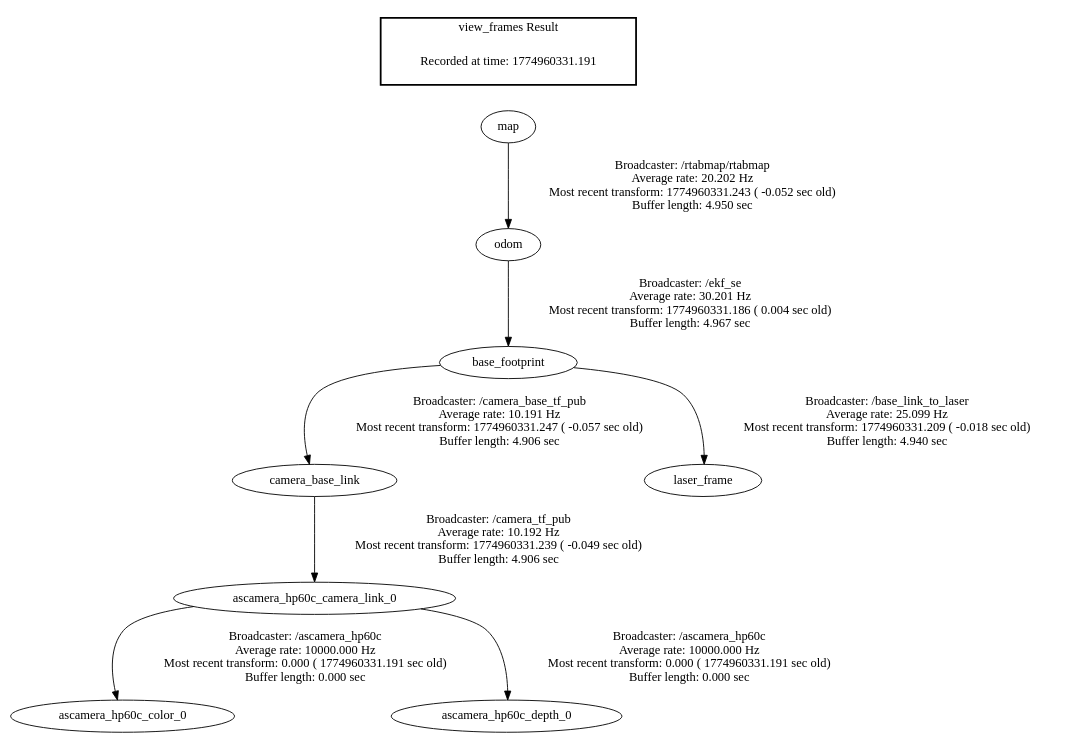
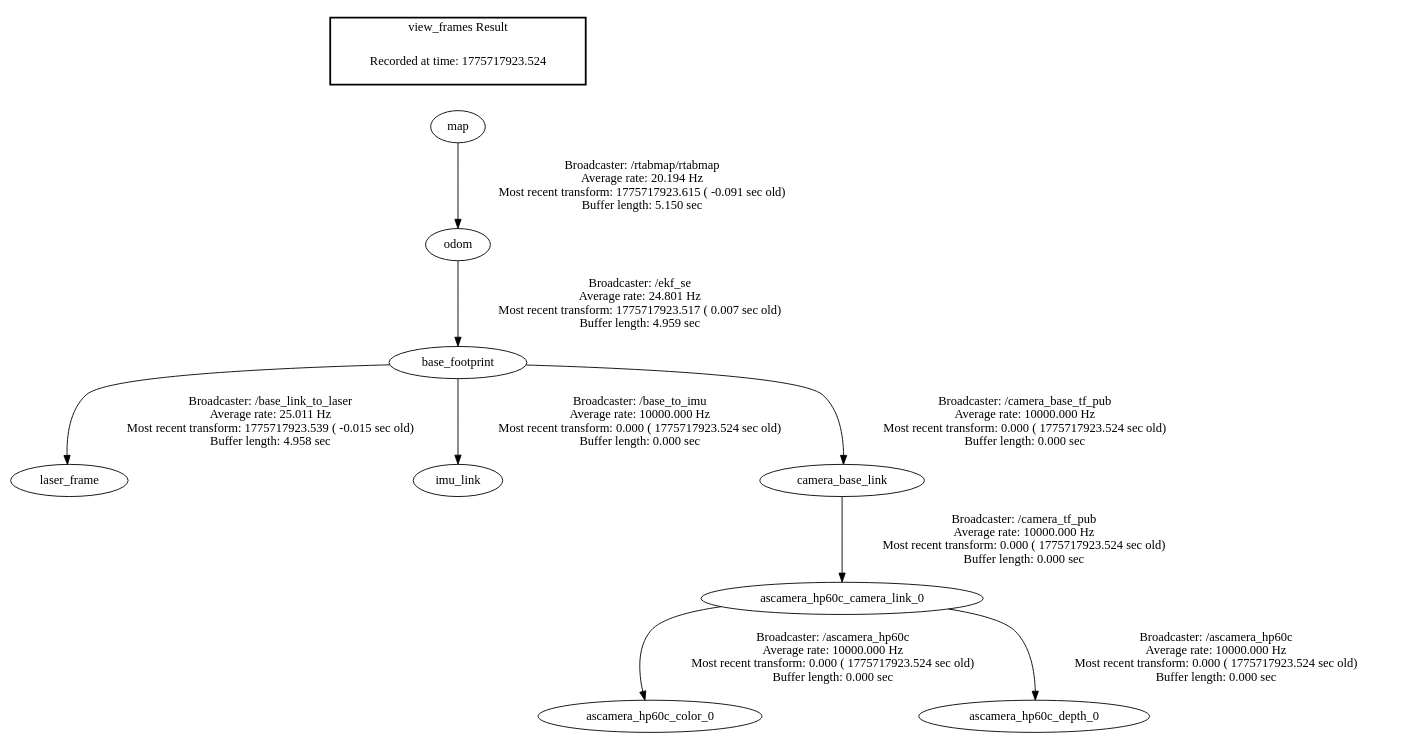
One commit to 2022090914028ysr-dotcom/rk3588 changed the diagram in NavOA_ws/frames.gv. Above: the diagram before and after it, drawn with Graphviz. The commit also changed 2024 other files, not shown here.

```diff
--- a/NavOA_ws/frames.gv
+++ b/NavOA_ws/frames.gv
@@ -1,13 +1,14 @@
 digraph G {
-"ascamera_hp60c_camera_link_0" -> "ascamera_hp60c_color_0"[label="Broadcaster: /ascamera_hp60c\nAverage rate: 10000.000 Hz\nMost recent transform: 0.000 ( 1774960331.191 sec old)\nBuffer length: 0.000 sec\n"];
-"camera_base_link" -> "ascamera_hp60c_camera_link_0"[label="Broadcaster: /camera_tf_pub\nAverage rate: 10.192 Hz\nMost recent transform: 1774960331.239 ( -0.049 sec old)\nBuffer length: 4.906 sec\n"];
-"ascamera_hp60c_camera_link_0" -> "ascamera_hp60c_depth_0"[label="Broadcaster: /ascamera_hp60c\nAverage rate: 10000.000 Hz\nMost recent transform: 0.000 ( 1774960331.191 sec old)\nBuffer length: 0.000 sec\n"];
-"map" -> "odom"[label="Broadcaster: /rtabmap/rtabmap\nAverage rate: 20.202 Hz\nMost recent transform: 1774960331.243 ( -0.052 sec old)\nBuffer length: 4.950 sec\n"];
-"odom" -> "base_footprint"[label="Broadcaster: /ekf_se\nAverage rate: 30.201 Hz\nMost recent transform: 1774960331.186 ( 0.004 sec old)\nBuffer length: 4.967 sec\n"];
-"base_footprint" -> "laser_frame"[label="Broadcaster: /base_link_to_laser\nAverage rate: 25.099 Hz\nMost recent transform: 1774960331.209 ( -0.018 sec old)\nBuffer length: 4.940 sec\n"];
-"base_footprint" -> "camera_base_link"[label="Broadcaster: /camera_base_tf_pub\nAverage rate: 10.191 Hz\nMost recent transform: 1774960331.247 ( -0.057 sec old)\nBuffer length: 4.906 sec\n"];
+"base_footprint" -> "laser_frame"[label="Broadcaster: /base_link_to_laser\nAverage rate: 25.011 Hz\nMost recent transform: 1775717923.539 ( -0.015 sec old)\nBuffer length: 4.958 sec\n"];
+"odom" -> "base_footprint"[label="Broadcaster: /ekf_se\nAverage rate: 24.801 Hz\nMost recent transform: 1775717923.517 ( 0.007 sec old)\nBuffer length: 4.959 sec\n"];
+"base_footprint" -> "imu_link"[label="Broadcaster: /base_to_imu\nAverage rate: 10000.000 Hz\nMost recent transform: 0.000 ( 1775717923.524 sec old)\nBuffer length: 0.000 sec\n"];
+"base_footprint" -> "camera_base_link"[label="Broadcaster: /camera_base_tf_pub\nAverage rate: 10000.000 Hz\nMost recent transform: 0.000 ( 1775717923.524 sec old)\nBuffer length: 0.000 sec\n"];
+"ascamera_hp60c_camera_link_0" -> "ascamera_hp60c_color_0"[label="Broadcaster: /ascamera_hp60c\nAverage rate: 10000.000 Hz\nMost recent transform: 0.000 ( 1775717923.524 sec old)\nBuffer length: 0.000 sec\n"];
+"camera_base_link" -> "ascamera_hp60c_camera_link_0"[label="Broadcaster: /camera_tf_pub\nAverage rate: 10000.000 Hz\nMost recent transform: 0.000 ( 1775717923.524 sec old)\nBuffer length: 0.000 sec\n"];
+"ascamera_hp60c_camera_link_0" -> "ascamera_hp60c_depth_0"[label="Broadcaster: /ascamera_hp60c\nAverage rate: 10000.000 Hz\nMost recent transform: 0.000 ( 1775717923.524 sec old)\nBuffer length: 0.000 sec\n"];
+"map" -> "odom"[label="Broadcaster: /rtabmap/rtabmap\nAverage rate: 20.194 Hz\nMost recent transform: 1775717923.615 ( -0.091 sec old)\nBuffer length: 5.150 sec\n"];
 edge [style=invis];
  subgraph cluster_legend { style=bold; color=black; label ="view_frames Result";
-"Recorded at time: 1774960331.191"[ shape=plaintext ] ;
+"Recorded at time: 1775717923.524"[ shape=plaintext ] ;
  }->"map";
 }
```
